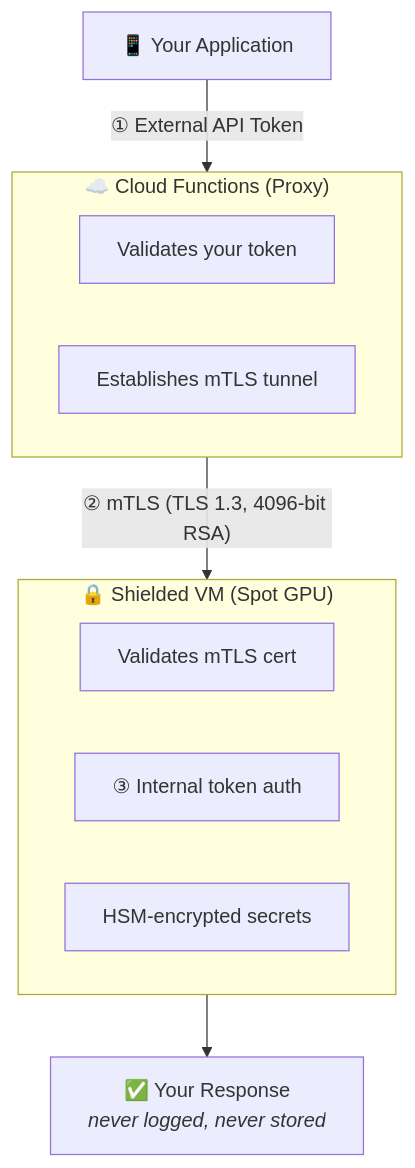
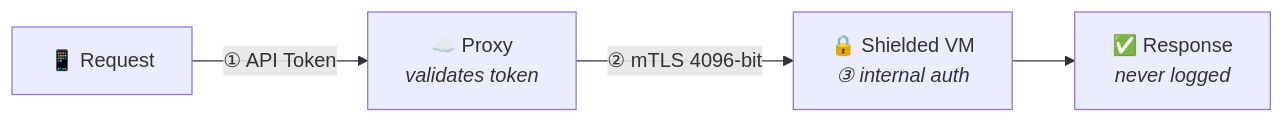
The first of 3 diagrams in README.md (stewartpark/private-llm), drawn with Mermaid before and after one commit. The commit also changed other lines of this file, not shown here.

````diff
--- a/README.md
+++ b/README.md
@@ -84,21 +86,6 @@
 ```mermaid
-flowchart TB
-    App["📱 Your Application"]
-
-    App -->|"① External API Token"| Proxy
-
-    subgraph Proxy["☁️ Cloud Functions (Proxy)"]
-        P1["Validates your token"]
-        P2["Establishes mTLS tunnel"]
-    end
-
-    Proxy -->|"② mTLS (TLS 1.3, 4096-bit RSA)"| VM
-
-    subgraph VM["🔒 Shielded VM (Spot GPU)"]
-        V1["Validates mTLS cert"]
-        V2["③ Internal token auth"]
-        V3["HSM-encrypted secrets"]
-    end
-
-    VM --> Response["✅ Your Response<br/><i>never logged, never stored</i>"]
+flowchart LR
+    App["📱 Request"] -->|"① API Token"| Proxy["☁️ Proxy<br/><i>validates token</i>"]
+    Proxy -->|"② mTLS 4096-bit"| VM["🔒 Shielded VM<br/><i>③ internal auth</i>"]
+    VM --> Response["✅ Response<br/><i>never logged</i>"]
 ```
````
